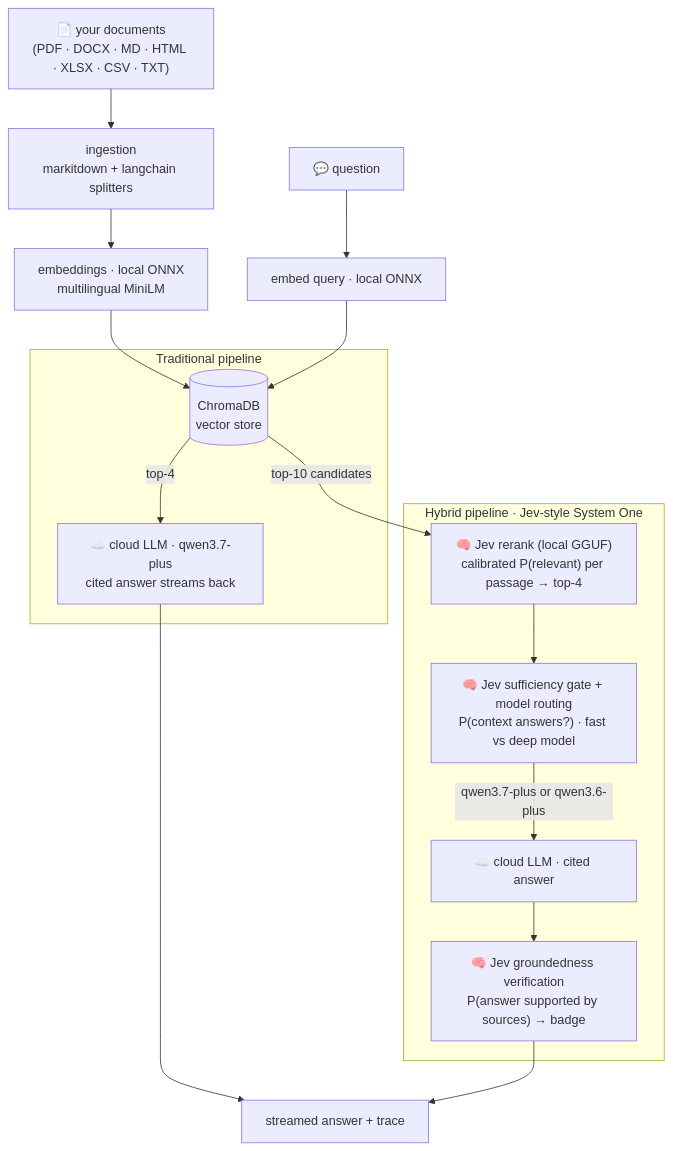
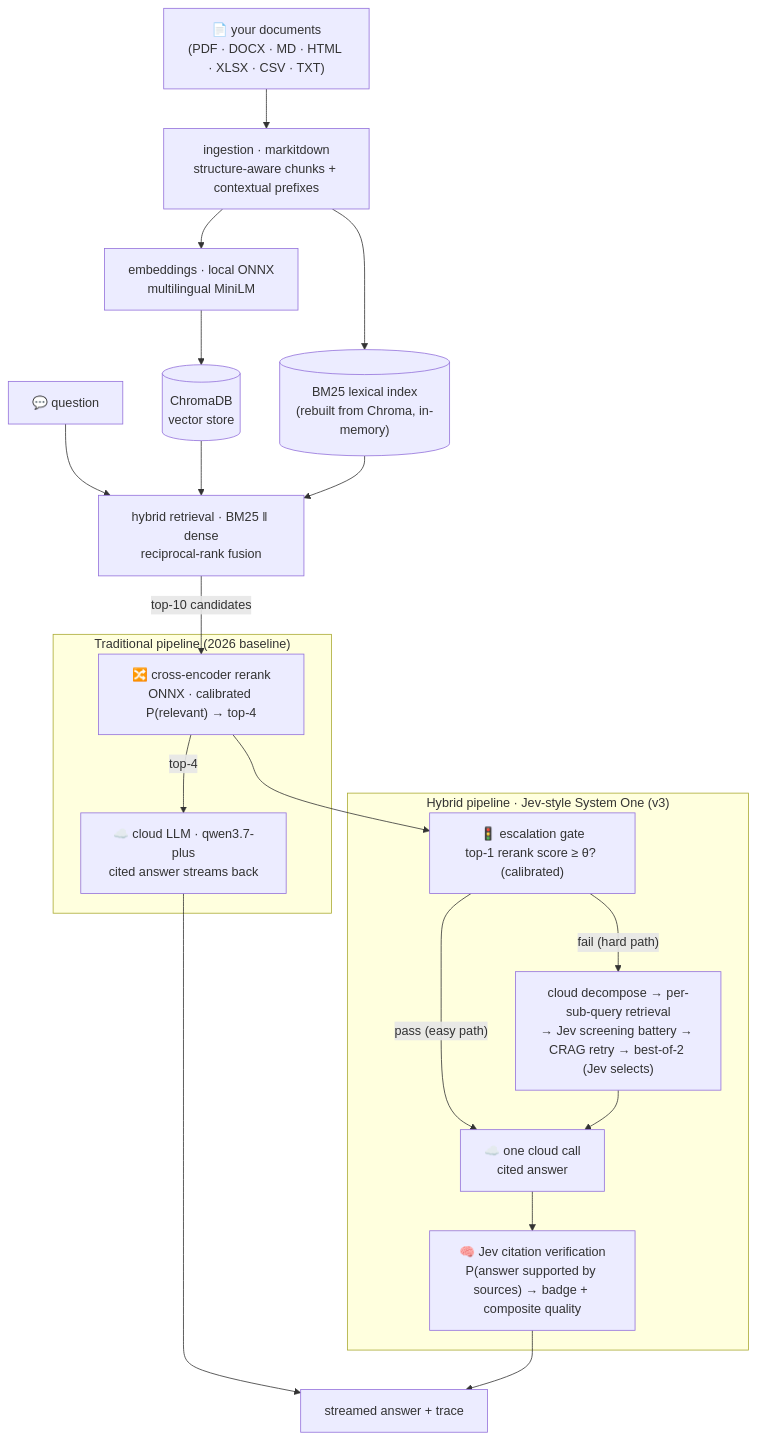
One commit to kanishka-namdeo/jev-rag changed the diagram in README.md. Above: the diagram before and after it, drawn with Mermaid. The commit also changed other lines of this file and 2 other files, not shown here.

First line of the commit message:
docs: v3 upgrade finale — README v3 architecture + results, CHANGELOG, worklog

````diff
--- a/README.md
+++ b/README.md
@@ -102,23 +103,27 @@
 ```mermaid
 flowchart TB
-    D["📄 your documents<br/>(PDF · DOCX · MD · HTML · XLSX · CSV · TXT)"] --> IN["ingestion<br/>markitdown + langchain splitters"]
+    D["📄 your documents<br/>(PDF · DOCX · MD · HTML · XLSX · CSV · TXT)"] --> IN["ingestion · markitdown<br/>structure-aware chunks + contextual prefixes"]
     IN --> EMB["embeddings · local ONNX<br/>multilingual MiniLM"]
     EMB --> V[("ChromaDB<br/>vector store")]
+    IN --> BM[("BM25 lexical index<br/>(rebuilt from Chroma, in-memory)")]
 
-    U["💬 question"] --> EMBQ["embed query · local ONNX"]
-    EMBQ --> V
+    U["💬 question"] --> FUSE["hybrid retrieval · BM25 ‖ dense<br/>reciprocal-rank fusion"]
+    V --> FUSE
+    BM --> FUSE
+    FUSE -- "top-10 candidates" --> CE["🔀 cross-encoder rerank<br/>ONNX · calibrated P(relevant) → top-4"]
 
-    subgraph T["Traditional pipeline"]
-        V -- "top-4" --> TL["☁️ cloud LLM · qwen3.7-plus<br/>cited answer streams back"]
+    subgraph T["Traditional pipeline (2026 baseline)"]
+        CE -- "top-4" --> TL["☁️ cloud LLM · qwen3.7-plus<br/>cited answer streams back"]
     end
 
-    subgraph H["Hybrid pipeline · Jev-style System One"]
-        V -- "top-10 candidates" --> JR["🧠 Jev rerank (local GGUF)<br/>calibrated P(relevant) per passage → top-4"]
-        JR --> JG["🧠 Jev sufficiency gate + model routing<br/>P(context answers?) · fast vs deep model"]
-        JG -- "qwen3.7-plus or qwen3.6-plus" --> HL["☁️ cloud LLM · cited answer"]
-        HL --> JV["🧠 Jev groundedness verification<br/>P(answer supported by sources) → badge"]
+    subgraph H["Hybrid pipeline · Jev-style System One (v3)"]
+        CE --> GATE["🚦 escalation gate<br/>top-1 rerank score ≥ θ? (calibrated)"]
+        GATE -- "pass (easy path)" --> HL["☁️ one cloud call<br/>cited answer"]
+        GATE -- "fail (hard path)" --> DEC["cloud decompose → per-sub-query retrieval<br/>→ Jev screening battery → CRAG retry → best-of-2 (Jev selects)"]
+        DEC --> HL
+        HL --> JV["🧠 Jev citation verification<br/>P(answer supported by sources) → badge + composite quality"]
     end
 
     TL --> OUT["streamed answer + trace"]
     JV --> OUT
 ```
````
